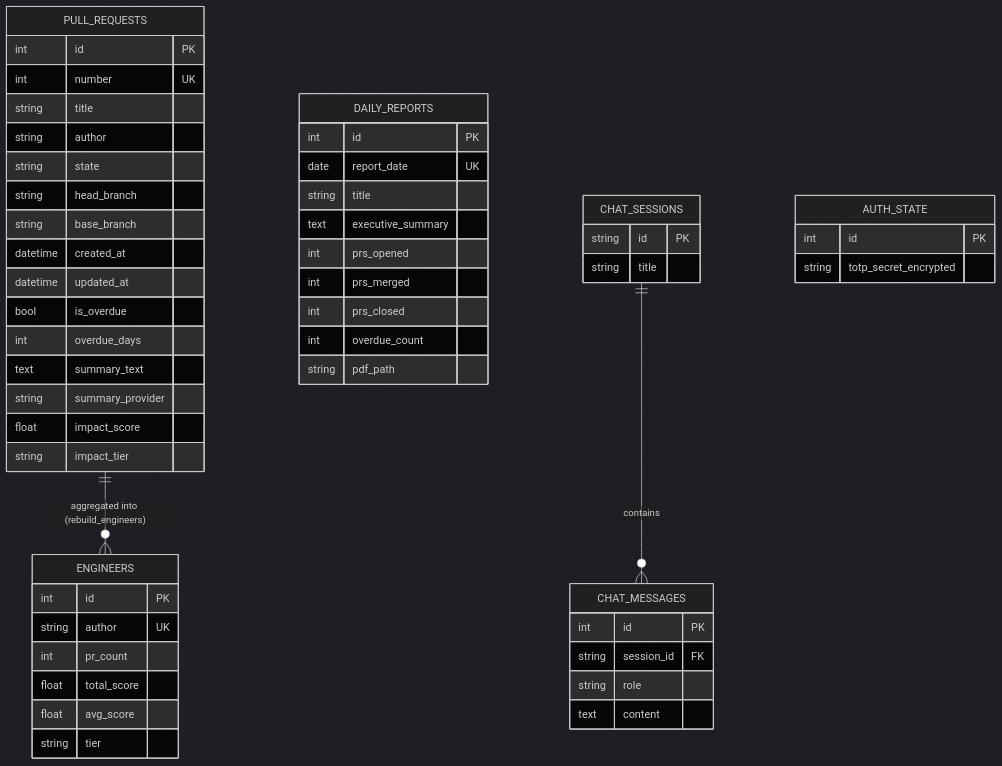
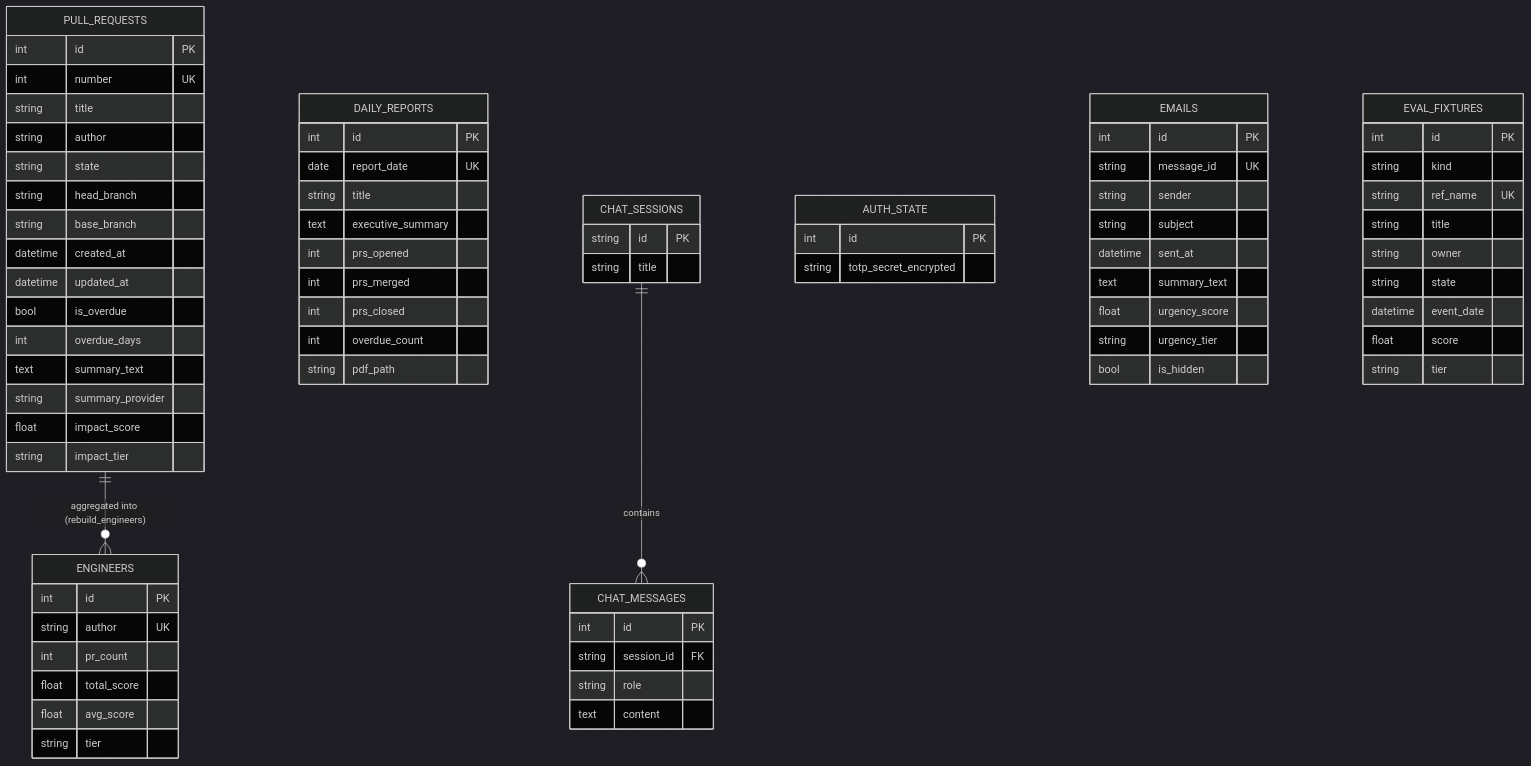
Diagram 12 of 12 in README.md (SeifMahmoud63/CTO-Copilot), drawn with Mermaid (dark theme) before and after one commit. The commit also changed other lines of this file and 13 other files, not shown here.

````diff
--- a/README.md
+++ b/README.md
@@ -454,55 +631,77 @@
 ```mermaid
 erDiagram
     PULL_REQUESTS ||--o{ ENGINEERS : "aggregated into (rebuild_engineers)" 
     PULL_REQUESTS {
         int id PK
         int number UK
         string title
         string author
         string state
         string head_branch
         string base_branch
         datetime created_at
         datetime updated_at
         bool is_overdue
         int overdue_days
         text summary_text
         string summary_provider
         float impact_score
         string impact_tier
     }
     ENGINEERS {
         int id PK
         string author UK
         int pr_count
         float total_score
         float avg_score
         string tier
     }
     DAILY_REPORTS {
         int id PK
         date report_date UK
         string title
         text executive_summary
         int prs_opened
         int prs_merged
         int prs_closed
         int overdue_count
         string pdf_path
     }
     CHAT_SESSIONS ||--o{ CHAT_MESSAGES : contains
     CHAT_SESSIONS {
         string id PK
         string title
     }
     CHAT_MESSAGES {
         int id PK
         string session_id FK
         string role
         text content
     }
     AUTH_STATE {
         int id PK
         string totp_secret_encrypted
     }
+    EMAILS {
+        int id PK
+        string message_id UK
+        string sender
+        string subject
+        datetime sent_at
+        text summary_text
+        float urgency_score
+        string urgency_tier
+        bool is_hidden
+    }
+    EVAL_FIXTURES {
+        int id PK
+        string kind
+        string ref_name UK
+        string title
+        string owner
+        string state
+        datetime event_date
+        float score
+        string tier
+    }
 ```
````
